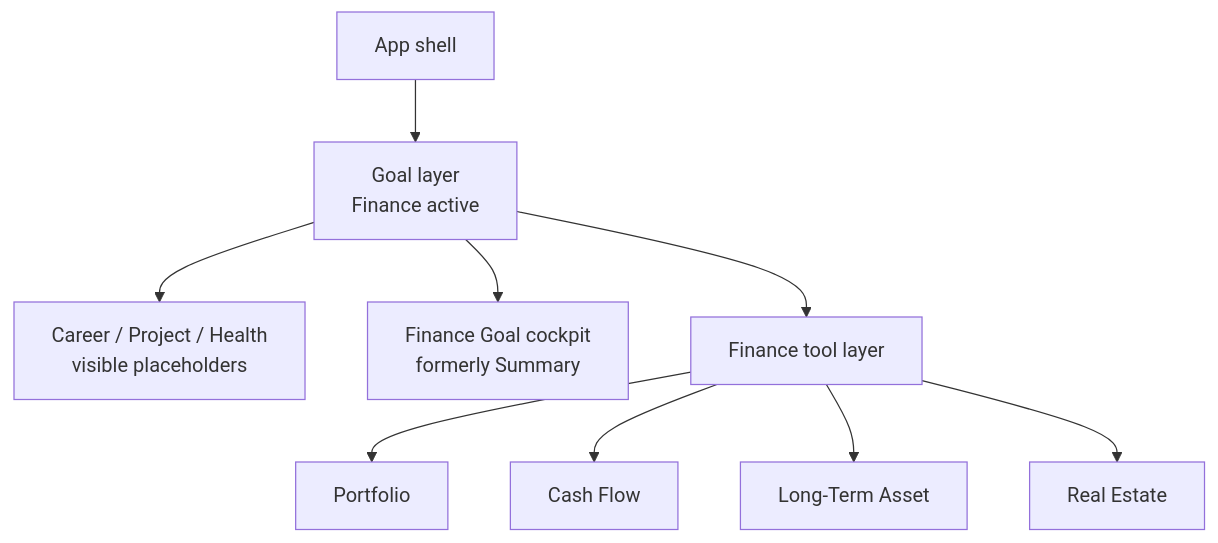
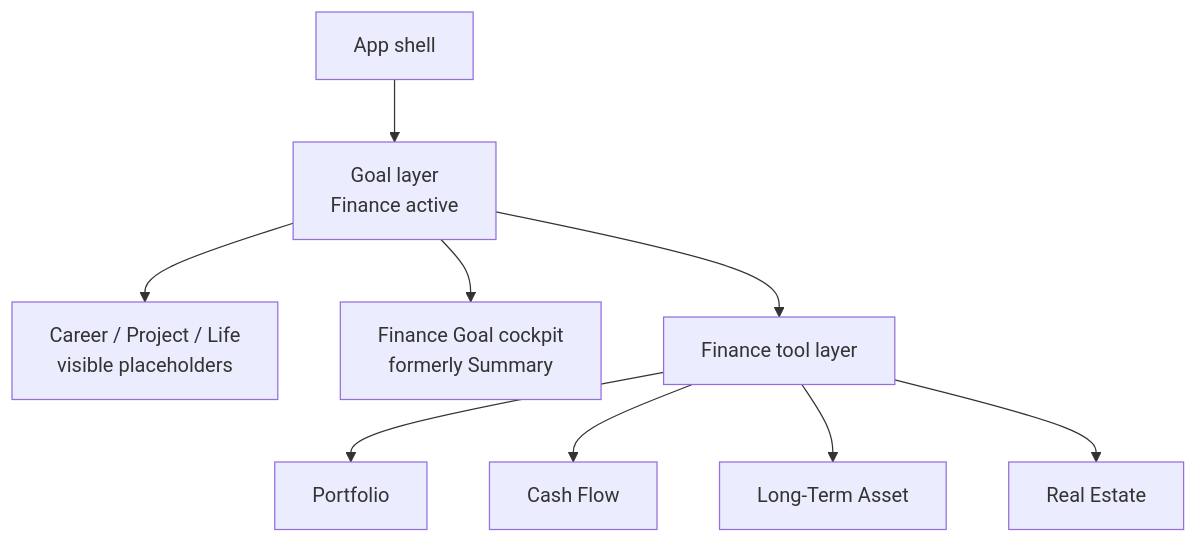
The third of 15 diagrams in docs/02-design/current-architecture-map.md (ksg0694-ops/NetVisualizer), drawn with Mermaid before and after one commit. The commit also changed other lines of this file and 4 other files, not shown here.

Commit message:
Add Life goal tools

````diff
--- a/docs/02-design/current-architecture-map.md
+++ b/docs/02-design/current-architecture-map.md
@@ -56,12 +56,12 @@
 ```mermaid
 flowchart TD
     AppShell["App shell"] --> GoalLayer["Goal layer\nFinance active"]
-    GoalLayer --> FutureGoals["Career / Project / Health\nvisible placeholders"]
+    GoalLayer --> FutureGoals["Career / Project / Life\nvisible placeholders"]
     GoalLayer --> FinanceCockpit["Finance Goal cockpit\nformerly Summary"]
     GoalLayer --> FinanceTools["Finance tool layer"]
 
     FinanceTools --> Portfolio["Portfolio"]
     FinanceTools --> CashFlow["Cash Flow"]
     FinanceTools --> AssetTrend["Long-Term Asset"]
     FinanceTools --> RealEstate["Real Estate"]
 ```
````
